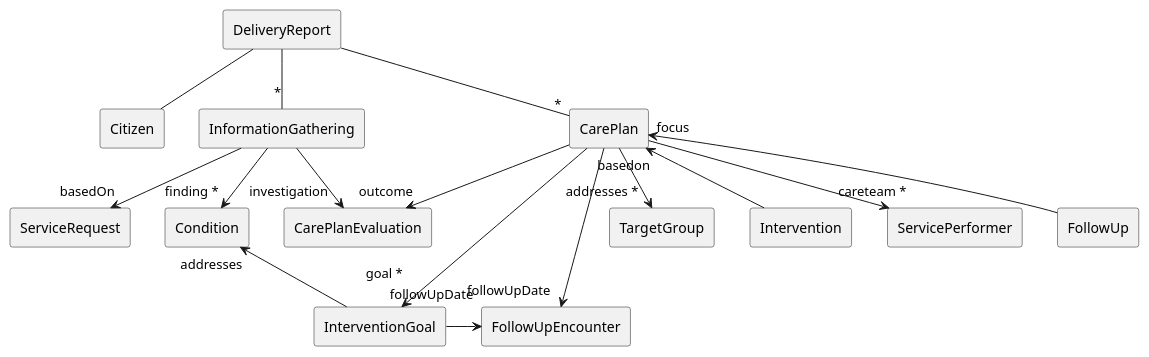
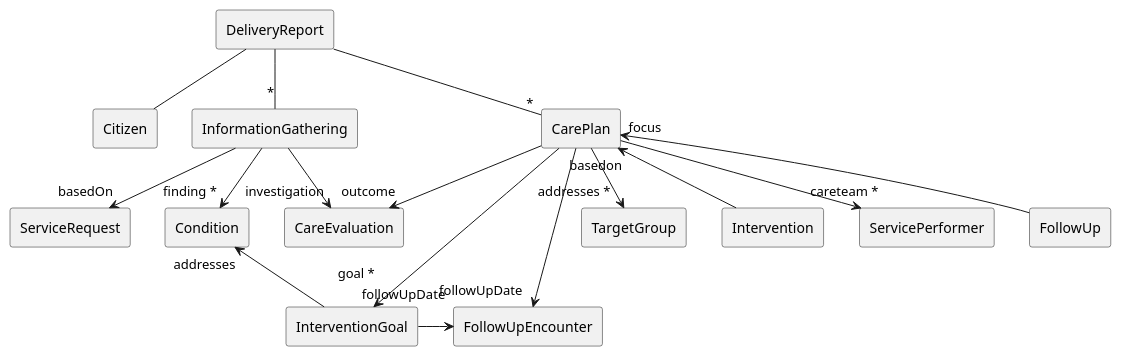
One commit to hl7dk/kl-ffb-reporting changed the diagram in input/images-sources/KLReportingFFBDeliveryReport.plantuml. Above: the diagram before and after it, drawn with PlantUML. The commit also changed 9 other files, not shown here.

```diff
--- a/input/images-sources/KLReportingFFBDeliveryReport.plantuml
+++ b/input/images-sources/KLReportingFFBDeliveryReport.plantuml
@@ -1,46 +1,46 @@
 @startuml DeliveryReport
 'left to right direction
 
 rectangle "DeliveryReport" as report
 
 rectangle "Citizen" as citizen
 rectangle "ServiceRequest" as request
 
 rectangle "InformationGathering" as information
 
 rectangle "CarePlan" as careplan
 
 rectangle "InterventionGoal" as goal
 rectangle "FollowUpEncounter" as encounter
 
 rectangle "Condition" as condition
 
-rectangle "CarePlanEvaluation" as careplanevaluation
+rectangle "CareEvaluation" as careplanevaluation
 
 rectangle "TargetGroup" as targetgroup
 
 rectangle "Intervention" as intervention
 rectangle "ServicePerformer" as provider
 
 rectangle "FollowUp" as followup
 
 report -- citizen
 report --"*" information
 report --"*" careplan
 
 information -->"finding *" condition
 information -->"investigation" careplanevaluation
 
 ' request "basedon"<- information
 information -->"basedOn" request
 careplan -->"goal *\n" goal
 careplan -->"outcome" careplanevaluation
 careplan -->"addresses *" targetgroup
 careplan "basedon"<-- intervention
 careplan -->"careteam *" provider
 careplan "focus"<-- followup
 condition "addresses"<-- goal
 
 careplan -->"followUpDate" encounter
 goal ->"followUpDate" encounter
 @enduml
```
